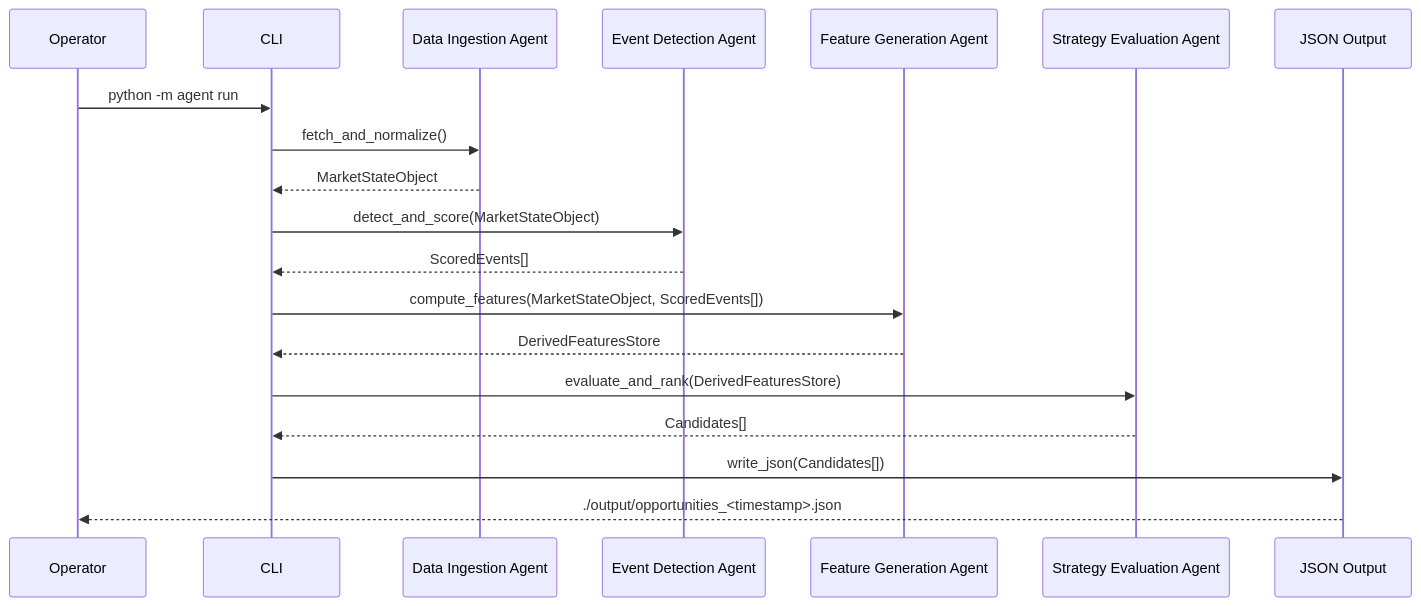
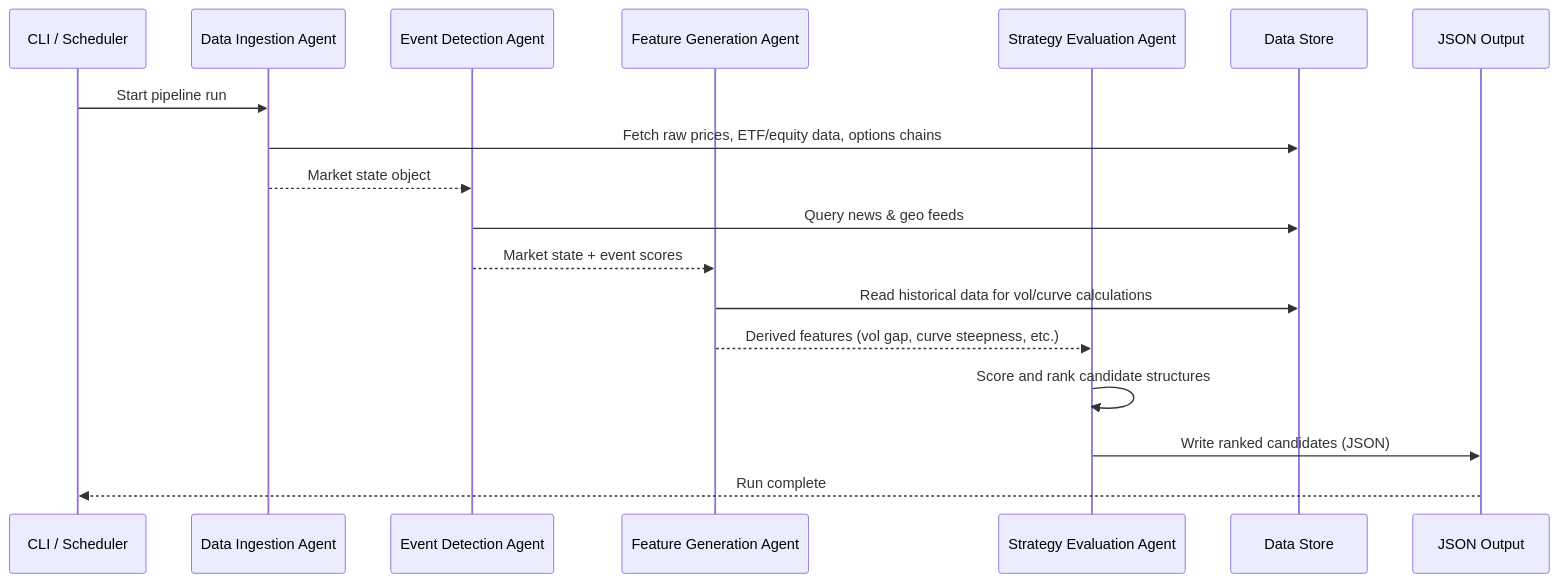
The second of 2 diagrams in docs/generated/user_guide_full-pipeline.md (jeisenback/golden_boy_peanuts), drawn with Mermaid before and after one commit. The commit also changed other lines of this file, not shown here.

````diff
--- a/docs/generated/user_guide_full-pipeline.md
+++ b/docs/generated/user_guide_full-pipeline.md
@@ -221,22 +237,21 @@
 ```mermaid
 sequenceDiagram
-    participant Operator
-    participant CLI
-    participant Ingestion as Data Ingestion Agent
-    participant Events as Event Detection Agent
-    participant Features as Feature Generation Agent
-    participant Strategy as Strategy Evaluation Agent
-    participant Output as JSON Output
+    participant CLI as CLI / Scheduler
+    participant DIA as Data Ingestion Agent
+    participant EDA as Event Detection Agent
+    participant FGA as Feature Generation Agent
+    participant SEA as Strategy Evaluation Agent
+    participant Store as Data Store
+    participant Out as JSON Output
 
-    Operator->>CLI: python -m agent run
-    CLI->>Ingestion: fetch_and_normalize()
-    Ingestion-->>CLI: MarketStateObject
-    CLI->>Events: detect_and_score(MarketStateObject)
-    Events-->>CLI: ScoredEvents[]
-    CLI->>Features: compute_features(MarketStateObject, ScoredEvents[])
-    Features-->>CLI: DerivedFeaturesStore
-    CLI->>Strategy: evaluate_and_rank(DerivedFeaturesStore)
-    Strategy-->>CLI: Candidates[]
-    CLI->>Output: write_json(Candidates[])
-    Output-->>Operator: ./output/opportunities_<timestamp>.json
+    CLI->>DIA: Start pipeline run
+    DIA->>Store: Fetch raw prices, ETF/equity data, options chains
+    DIA-->>EDA: Market state object
+    EDA->>Store: Query news & geo feeds
+    EDA-->>FGA: Market state + event scores
+    FGA->>Store: Read historical data for vol/curve calculations
+    FGA-->>SEA: Derived features (vol gap, curve steepness, etc.)
+    SEA->>SEA: Score and rank candidate structures
+    SEA->>Out: Write ranked candidates (JSON)
+    Out-->>CLI: Run complete
 ```
````
